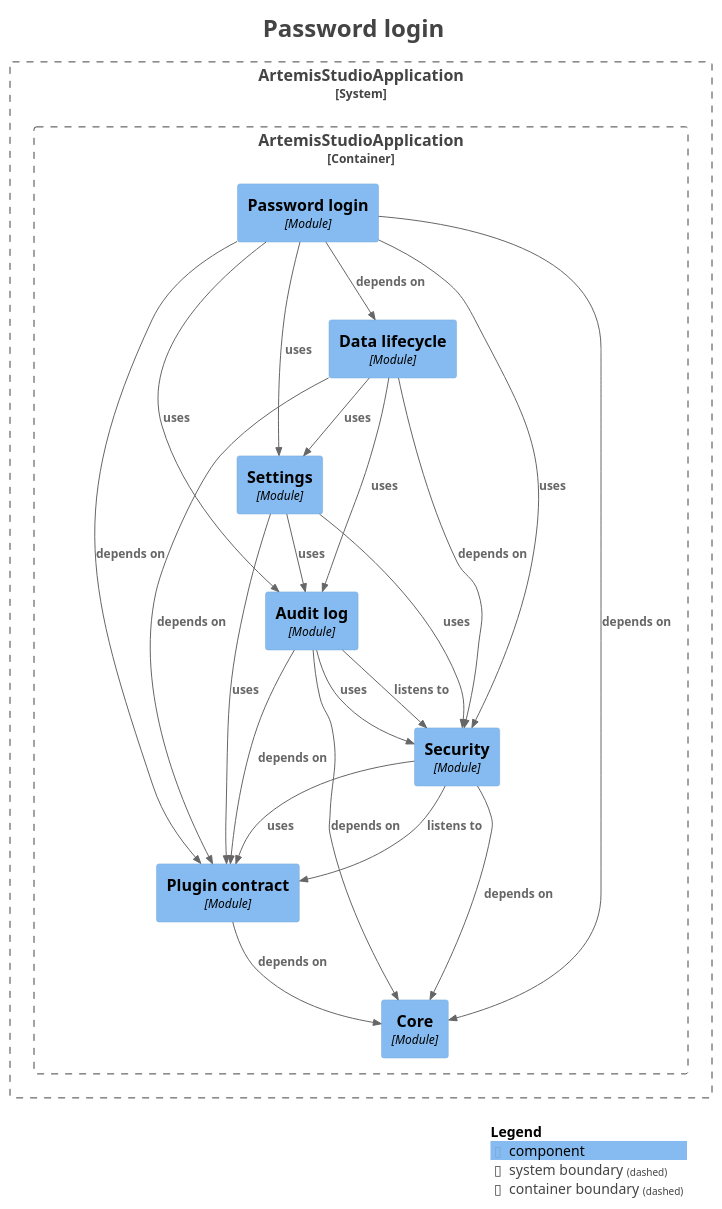
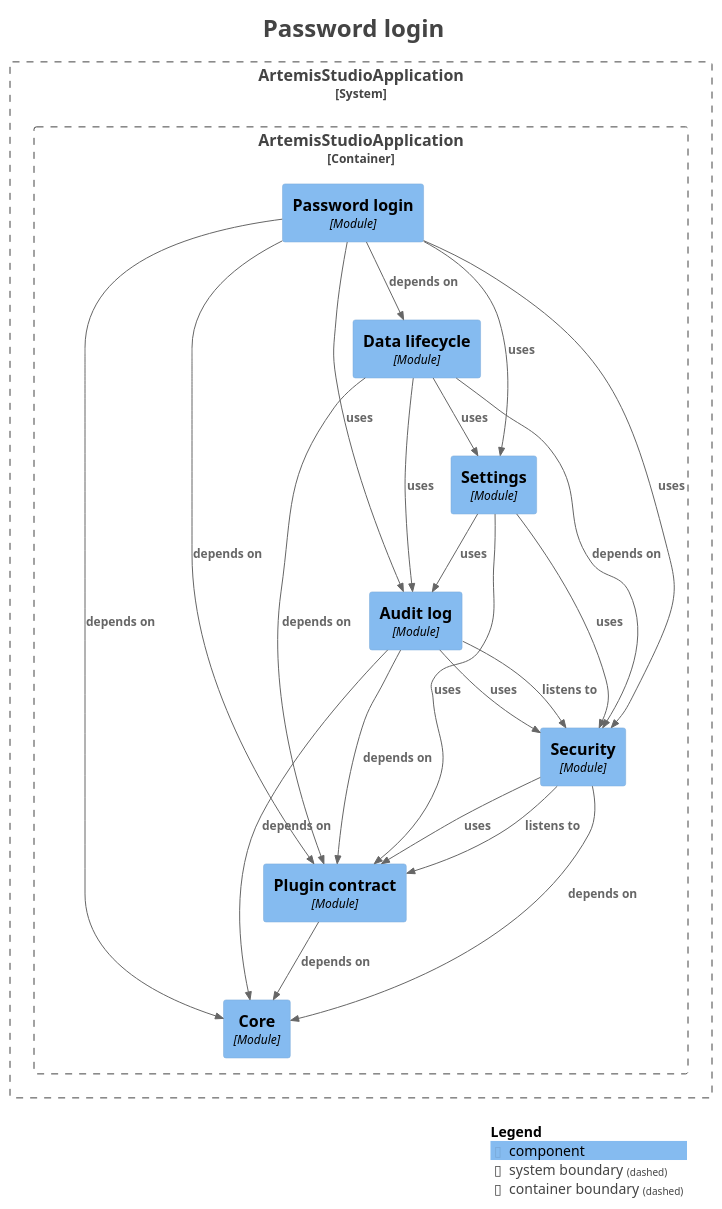
The diagram in docs/modules/module-feature.identitylocal.puml (sudoitir/artemis-studio), drawn with PlantUML before and after one commit. The commit also changed other lines of this file and 33 other files, not shown here.

First line of the commit message:
test(architecture): sort module diagram components so diagrams change only with the graph

```diff
--- a/docs/modules/module-feature.identitylocal.puml
+++ b/docs/modules/module-feature.identitylocal.puml
@@ -1,55 +1,55 @@
 @startuml
 title <size:24>Password login</size>
 
 set separator none
 top to bottom direction
 
 <style>
   root {
     BackgroundColor: #ffffff
     FontColor: #444444
   }
 </style>
 
 !include <C4/C4>
 !include <C4/C4_Context>
 !include <C4/C4_Component>
 
 System_Boundary("ArtemisStudioApplication_boundary", "ArtemisStudioApplication", $tags="") {
   Container_Boundary("ArtemisStudioApplication.ArtemisStudioApplication_boundary", "ArtemisStudioApplication", $tags="") {
-    Component(ArtemisStudioApplication.ArtemisStudioApplication.Settings, "Settings", $techn="Module", $descr="", $tags="", $link="")
+    Component(ArtemisStudioApplication.ArtemisStudioApplication.Auditlog, "Audit log", $techn="Module", $descr="", $tags="", $link="")
+    Component(ArtemisStudioApplication.ArtemisStudioApplication.Core, "Core", $techn="Module", $descr="", $tags="", $link="")
     Component(ArtemisStudioApplication.ArtemisStudioApplication.Datalifecycle, "Data lifecycle", $techn="Module", $descr="", $tags="", $link="")
     Component(ArtemisStudioApplication.ArtemisStudioApplication.Passwordlogin, "Password login", $techn="Module", $descr="", $tags="", $link="")
-    Component(ArtemisStudioApplication.ArtemisStudioApplication.Core, "Core", $techn="Module", $descr="", $tags="", $link="")
     Component(ArtemisStudioApplication.ArtemisStudioApplication.Plugincontract, "Plugin contract", $techn="Module", $descr="", $tags="", $link="")
     Component(ArtemisStudioApplication.ArtemisStudioApplication.Security, "Security", $techn="Module", $descr="", $tags="", $link="")
-    Component(ArtemisStudioApplication.ArtemisStudioApplication.Auditlog, "Audit log", $techn="Module", $descr="", $tags="", $link="")
+    Component(ArtemisStudioApplication.ArtemisStudioApplication.Settings, "Settings", $techn="Module", $descr="", $tags="", $link="")
   }
 
 }
 
 Rel(ArtemisStudioApplication.ArtemisStudioApplication.Auditlog, ArtemisStudioApplication.ArtemisStudioApplication.Core, "depends on", $techn="", $tags="", $link="")
 Rel(ArtemisStudioApplication.ArtemisStudioApplication.Auditlog, ArtemisStudioApplication.ArtemisStudioApplication.Plugincontract, "depends on", $techn="", $tags="", $link="")
 Rel(ArtemisStudioApplication.ArtemisStudioApplication.Auditlog, ArtemisStudioApplication.ArtemisStudioApplication.Security, "listens to", $techn="", $tags="", $link="")
 Rel(ArtemisStudioApplication.ArtemisStudioApplication.Auditlog, ArtemisStudioApplication.ArtemisStudioApplication.Security, "uses", $techn="", $tags="", $link="")
 Rel(ArtemisStudioApplication.ArtemisStudioApplication.Datalifecycle, ArtemisStudioApplication.ArtemisStudioApplication.Auditlog, "uses", $techn="", $tags="", $link="")
 Rel(ArtemisStudioApplication.ArtemisStudioApplication.Datalifecycle, ArtemisStudioApplication.ArtemisStudioApplication.Plugincontract, "depends on", $techn="", $tags="", $link="")
 Rel(ArtemisStudioApplication.ArtemisStudioApplication.Datalifecycle, ArtemisStudioApplication.ArtemisStudioApplication.Security, "depends on", $techn="", $tags="", $link="")
 Rel(ArtemisStudioApplication.ArtemisStudioApplication.Datalifecycle, ArtemisStudioApplication.ArtemisStudioApplication.Settings, "uses", $techn="", $tags="", $link="")
 Rel(ArtemisStudioApplication.ArtemisStudioApplication.Passwordlogin, ArtemisStudioApplication.ArtemisStudioApplication.Auditlog, "uses", $techn="", $tags="", $link="")
 Rel(ArtemisStudioApplication.ArtemisStudioApplication.Passwordlogin, ArtemisStudioApplication.ArtemisStudioApplication.Core, "depends on", $techn="", $tags="", $link="")
 Rel(ArtemisStudioApplication.ArtemisStudioApplication.Passwordlogin, ArtemisStudioApplication.ArtemisStudioApplication.Datalifecycle, "depends on", $techn="", $tags="", $link="")
 Rel(ArtemisStudioApplication.ArtemisStudioApplication.Passwordlogin, ArtemisStudioApplication.ArtemisStudioApplication.Plugincontract, "depends on", $techn="", $tags="", $link="")
 Rel(ArtemisStudioApplication.ArtemisStudioApplication.Passwordlogin, ArtemisStudioApplication.ArtemisStudioApplication.Security, "uses", $techn="", $tags="", $link="")
 Rel(ArtemisStudioApplication.ArtemisStudioApplication.Passwordlogin, ArtemisStudioApplication.ArtemisStudioApplication.Settings, "uses", $techn="", $tags="", $link="")
 Rel(ArtemisStudioApplication.ArtemisStudioApplication.Plugincontract, ArtemisStudioApplication.ArtemisStudioApplication.Core, "depends on", $techn="", $tags="", $link="")
 Rel(ArtemisStudioApplication.ArtemisStudioApplication.Security, ArtemisStudioApplication.ArtemisStudioApplication.Core, "depends on", $techn="", $tags="", $link="")
 Rel(ArtemisStudioApplication.ArtemisStudioApplication.Security, ArtemisStudioApplication.ArtemisStudioApplication.Plugincontract, "listens to", $techn="", $tags="", $link="")
 Rel(ArtemisStudioApplication.ArtemisStudioApplication.Security, ArtemisStudioApplication.ArtemisStudioApplication.Plugincontract, "uses", $techn="", $tags="", $link="")
 Rel(ArtemisStudioApplication.ArtemisStudioApplication.Settings, ArtemisStudioApplication.ArtemisStudioApplication.Auditlog, "uses", $techn="", $tags="", $link="")
 Rel(ArtemisStudioApplication.ArtemisStudioApplication.Settings, ArtemisStudioApplication.ArtemisStudioApplication.Plugincontract, "uses", $techn="", $tags="", $link="")
 Rel(ArtemisStudioApplication.ArtemisStudioApplication.Settings, ArtemisStudioApplication.ArtemisStudioApplication.Security, "uses", $techn="", $tags="", $link="")
 
 SHOW_LEGEND(true)
 hide stereotypes
 @enduml
```
